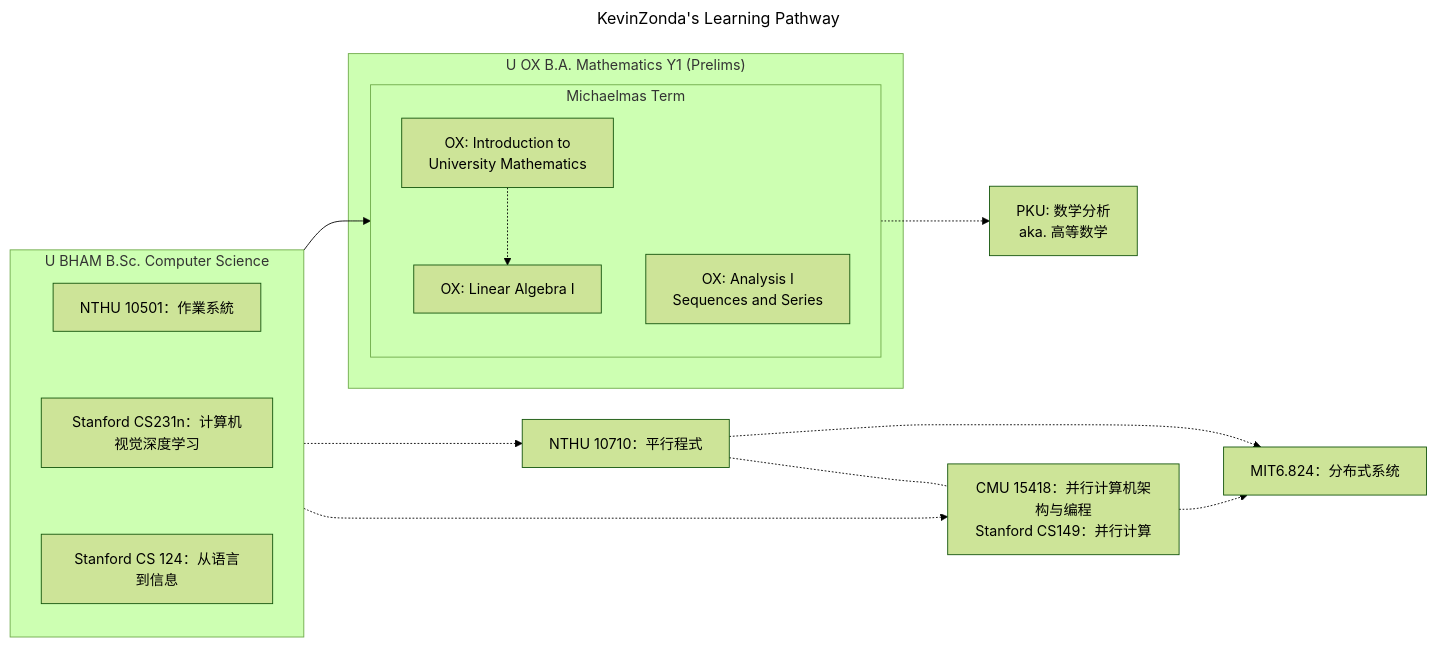
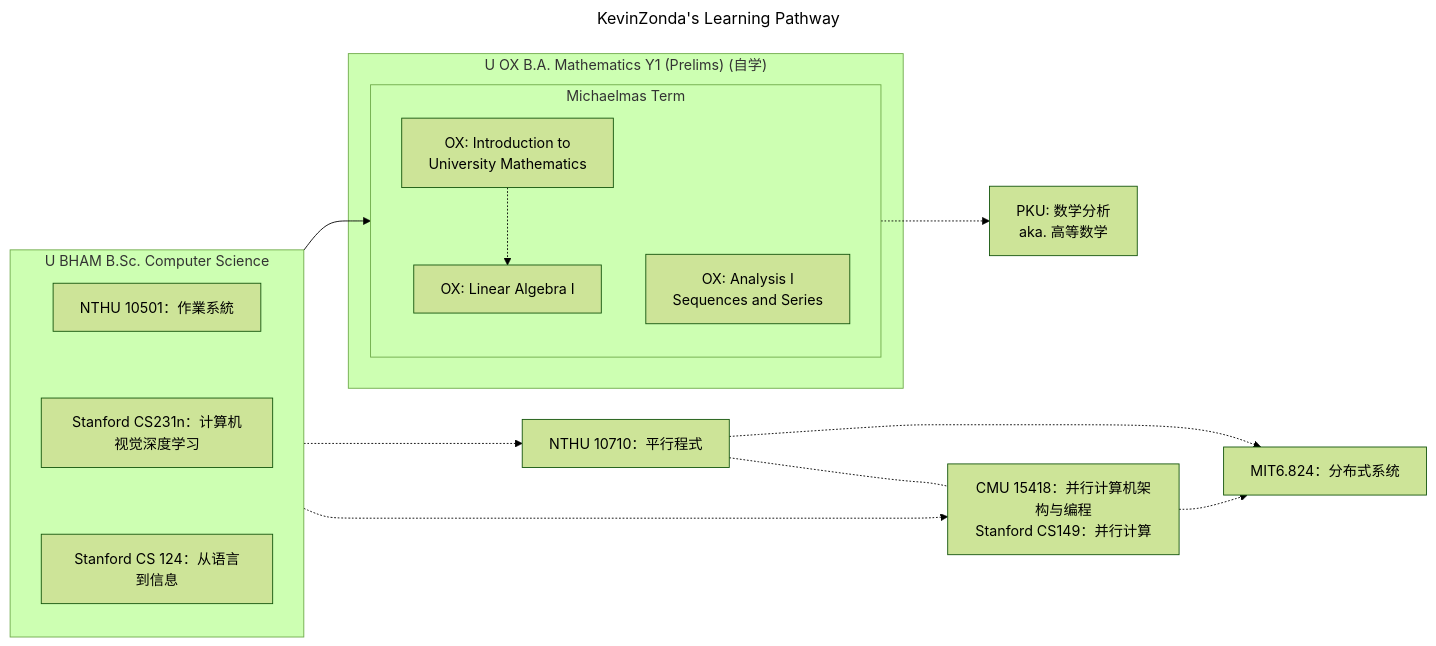
The diagram in README.md (KevinZonda/KevinZonda), drawn with Mermaid (forest theme) before and after one commit.

````diff
--- a/README.md
+++ b/README.md
@@ -43,43 +43,43 @@
 ```mermaid
 ---
 title: KevinZonda's Learning Pathway
 ---
 flowchart LR
   subgraph UOB[U BHAM B.Sc. Computer Science]
     direction TB
     NTHU_OS[NTHU 10501：作業系統]
     S_CVDL[Stanford CS231n：计算机视觉深度学习]
     S_NLP[Stanford CS 124：从语言到信息]
     NTHU_OS ~~~ S_CVDL
     S_CVDL ~~~ S_NLP
   end
 
-  subgraph OX_M_Y1["U OX B.A. Mathematics Y1 (Prelims)"]
+  subgraph OX_M_Y1["U OX B.A. Mathematics Y1 (Prelims) (自学)"]
     subgraph OX_M_Y1_T1[Michaelmas Term]
       direction TB
       OX_IntroUniMath[OX: Introduction to<br>University Mathematics]
       OX_LinearAlg1[OX: Linear Algebra I]
       OX_Analysis1[OX: Analysis I<br>Sequences and Series]
     end
   end
 
   
   PKU_MathAnalysis[PKU: 数学分析<br>aka. 高等数学]
   
   NTHU_Parallel[NTHU 10710：平行程式]
   CMU_Parallel[CMU 15418：并行计算机架构与编程<br>Stanford CS149：并行计算]
   NTHU_Parallel -.- CMU_Parallel
   MIT_DistSys[MIT6.824：分布式系统]
   
 
   UOB -.-> NTHU_Parallel
   UOB -.-> CMU_Parallel
   NTHU_Parallel -.-> MIT_DistSys
   CMU_Parallel -.-> MIT_DistSys
 
   UOB --> OX_IntroUniMath
 
   OX_IntroUniMath -.-> OX_LinearAlg1
   OX_IntroUniMath -.-> PKU_MathAnalysis
   
 ```
````
